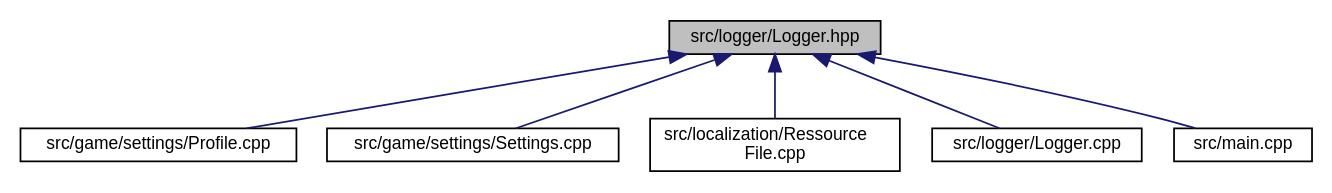
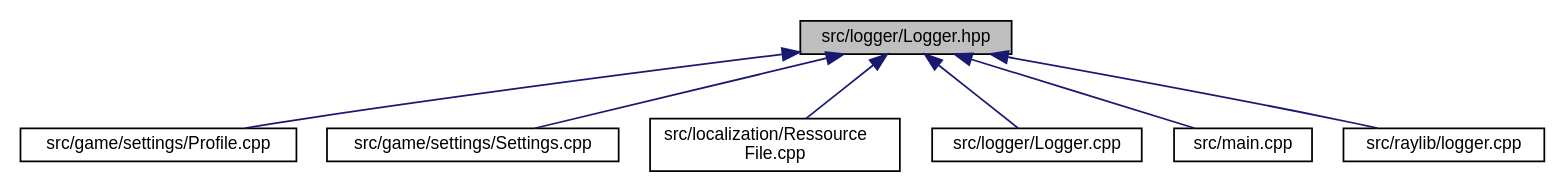
The diagram in _logger_8hpp__dep__incl.dot (MisterPeModder/Bomberman-Global-Offensive), drawn with Graphviz before and after one commit. The commit also changed 220 other files, not shown here.

```diff
--- a/_logger_8hpp__dep__incl.dot
+++ b/_logger_8hpp__dep__incl.dot
@@ -1,17 +1,19 @@
 digraph "src/logger/Logger.hpp"
 {
  // LATEX_PDF_SIZE
   edge [fontname="Helvetica",fontsize="10",labelfontname="Helvetica",labelfontsize="10"];
   node [fontname="Helvetica",fontsize="10",shape=record];
   Node1 [label="src/logger/Logger.hpp",height=0.2,width=0.4,color="black", fillcolor="grey75", style="filled", fontcolor="black",tooltip=" "];
   Node1 -> Node2 [dir="back",color="midnightblue",fontsize="10",style="solid",fontname="Helvetica"];
   Node2 [label="src/game/settings/Profile.cpp",height=0.2,width=0.4,color="black", fillcolor="white", style="filled",URL="$_profile_8cpp.html",tooltip=" "];
   Node1 -> Node3 [dir="back",color="midnightblue",fontsize="10",style="solid",fontname="Helvetica"];
   Node3 [label="src/game/settings/Settings.cpp",height=0.2,width=0.4,color="black", fillcolor="white", style="filled",URL="$_settings_8cpp.html",tooltip=" "];
   Node1 -> Node4 [dir="back",color="midnightblue",fontsize="10",style="solid",fontname="Helvetica"];
   Node4 [label="src/localization/Ressource\lFile.cpp",height=0.2,width=0.4,color="black", fillcolor="white", style="filled",URL="$_ressource_file_8cpp.html",tooltip=" "];
   Node1 -> Node5 [dir="back",color="midnightblue",fontsize="10",style="solid",fontname="Helvetica"];
-  Node5 [label="src/logger/Logger.cpp",height=0.2,width=0.4,color="black", fillcolor="white", style="filled",URL="$_logger_8cpp.html",tooltip=" "];
+  Node5 [label="src/logger/Logger.cpp",height=0.2,width=0.4,color="black", fillcolor="white", style="filled",URL="$logger_2_logger_8cpp.html",tooltip=" "];
   Node1 -> Node6 [dir="back",color="midnightblue",fontsize="10",style="solid",fontname="Helvetica"];
   Node6 [label="src/main.cpp",height=0.2,width=0.4,color="black", fillcolor="white", style="filled",URL="$main_8cpp.html",tooltip=" "];
+  Node1 -> Node7 [dir="back",color="midnightblue",fontsize="10",style="solid",fontname="Helvetica"];
+  Node7 [label="src/raylib/logger.cpp",height=0.2,width=0.4,color="black", fillcolor="white", style="filled",URL="$raylib_2_logger_8cpp.html",tooltip=" "];
 }
```
